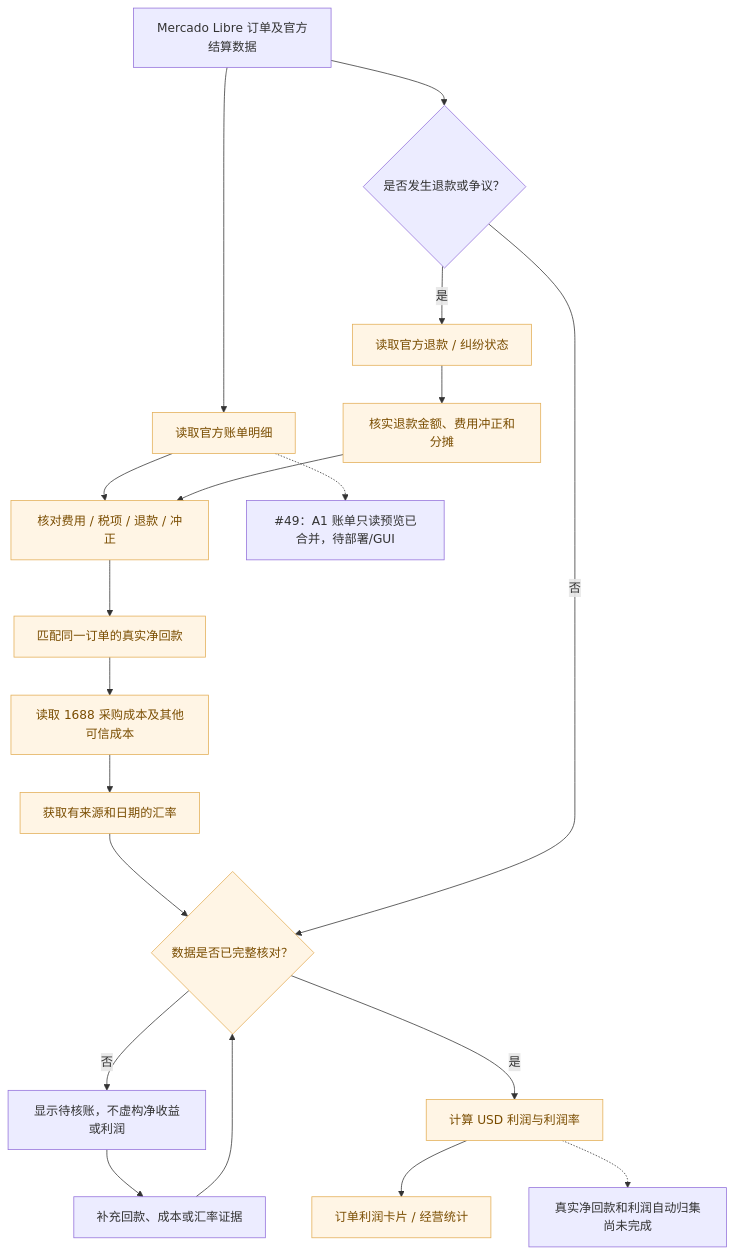
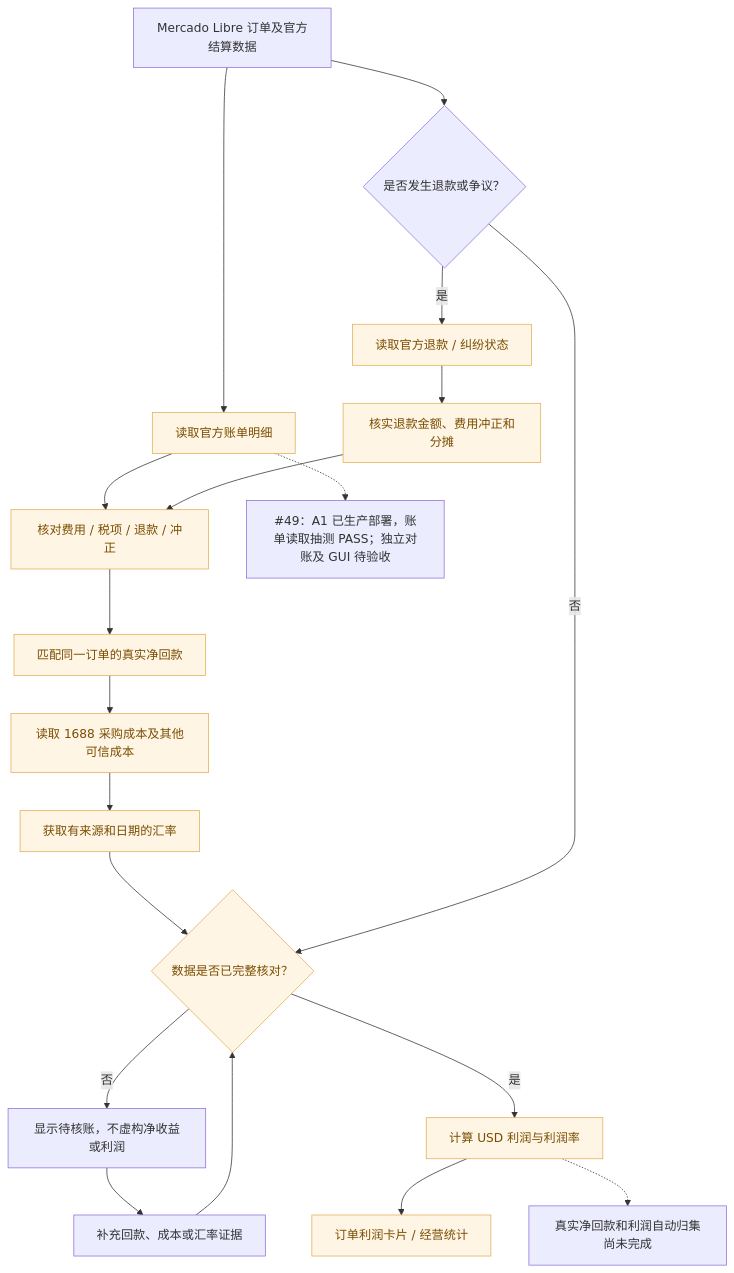
The eighth of 9 diagrams in docs/product/FEATURE-STATUS.md (Fan6512/una-seller), drawn with Mermaid before and after one commit. The commit also changed other lines of this file, not shown here.

```diff
--- a/docs/product/FEATURE-STATUS.md
+++ b/docs/product/FEATURE-STATUS.md
@@ -355,26 +356,26 @@
 ~~~mermaid
 flowchart TD
     A["Mercado Libre 订单及官方结算数据"] --> B["读取官方账单明细"]
     B --> C["核对费用 / 税项 / 退款 / 冲正"]
     C --> D["匹配同一订单的真实净回款"]
     D --> E["读取 1688 采购成本及其他可信成本"]
     E --> F["获取有来源和日期的汇率"]
     F --> G{"数据是否已完整核对？"}
     G -->|否| H["显示待核账，不虚构净收益或利润"]
     H --> I["补充回款、成本或汇率证据"]
     I --> G
     G -->|是| J["计算 USD 利润与利润率"]
     J --> K["订单利润卡片 / 经营统计"]
 
     A --> L{"是否发生退款或争议？"}
     L -->|是| M["读取官方退款 / 纠纷状态"]
     M --> N["核实退款金额、费用冲正和分摊"]
     N --> C
     L -->|否| G
 
-    B -.-> O["#49：A1 账单只读预览已合并，待部署/GUI"]
+    B -.-> O["#49：A1 已生产部署，账单读取抽测 PASS；独立对账及 GUI 待验收"]
     J -.-> P["真实净回款和利润自动归集尚未完成"]
 
     classDef verify fill:#fff5e5,color:#7a4d00,stroke:#e3ae56
     class B,C,D,E,F,G,J,K,M,N verify
 ~~~
```
